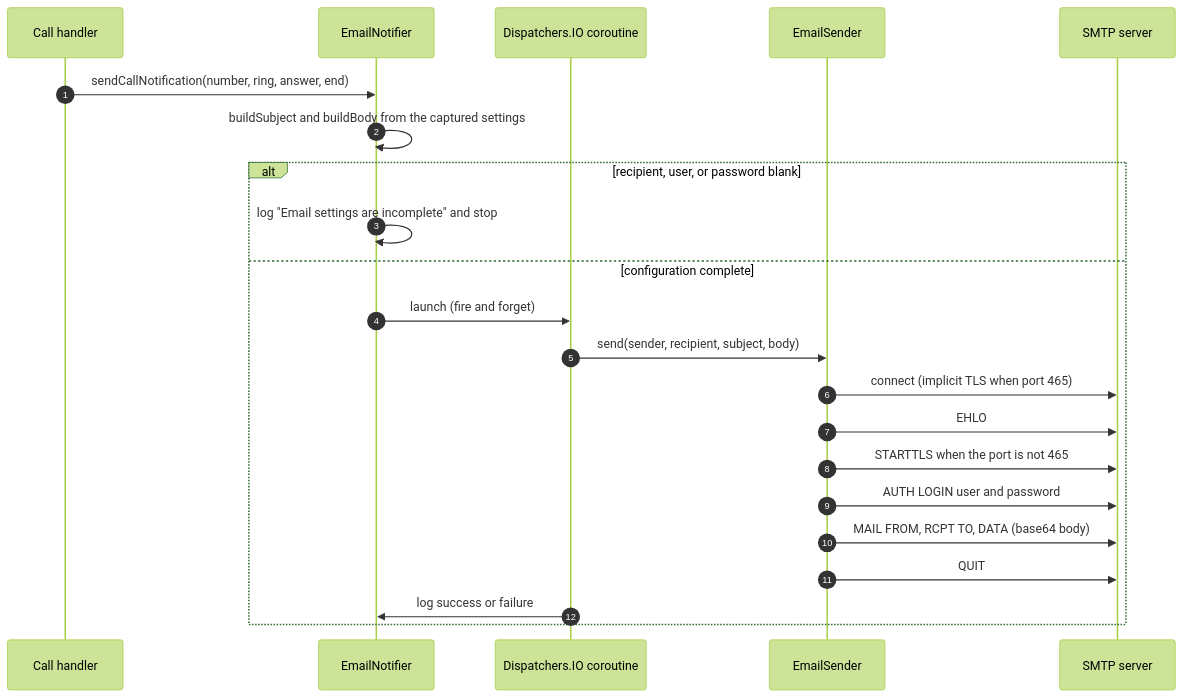
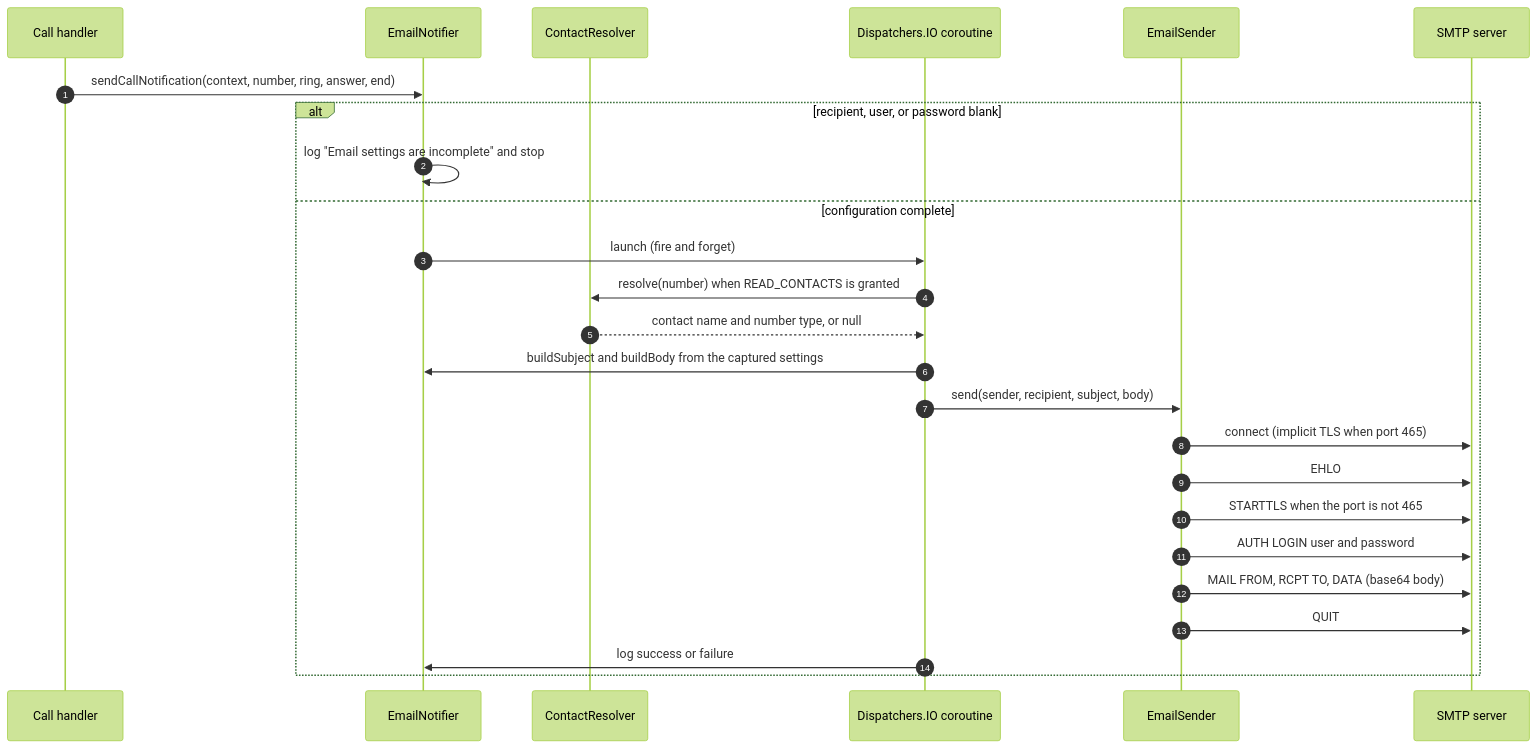
One commit to hmlendea/auto-call-responder changed the diagram in docs/flows/notification-delivery.md. Above: the diagram before and after it, drawn with Mermaid (forest theme). The commit also changed other lines of this file and 25 other files, not shown here.

````diff
--- a/docs/flows/notification-delivery.md
+++ b/docs/flows/notification-delivery.md
@@ -7,25 +7,28 @@
 ```mermaid
 sequenceDiagram
     autonumber
     participant Handler as Call handler
     participant Notifier as EmailNotifier
+    participant Contacts as ContactResolver
     participant IO as Dispatchers.IO coroutine
     participant Sender as EmailSender
     participant SMTP as SMTP server
 
-    Handler->>Notifier: sendCallNotification(number, ring, answer, end)
-    Notifier->>Notifier: buildSubject and buildBody from the captured settings
+    Handler->>Notifier: sendCallNotification(context, number, ring, answer, end)
     alt recipient, user, or password blank
         Notifier->>Notifier: log "Email settings are incomplete" and stop
     else configuration complete
         Notifier->>IO: launch (fire and forget)
+        IO->>Contacts: resolve(number) when READ_CONTACTS is granted
+        Contacts-->>IO: contact name and number type, or null
+        IO->>Notifier: buildSubject and buildBody from the captured settings
         IO->>Sender: send(sender, recipient, subject, body)
         Sender->>SMTP: connect (implicit TLS when port 465)
         Sender->>SMTP: EHLO
         Sender->>SMTP: STARTTLS when the port is not 465
         Sender->>SMTP: AUTH LOGIN user and password
         Sender->>SMTP: MAIL FROM, RCPT TO, DATA (base64 body)
         Sender->>SMTP: QUIT
         IO->>Notifier: log success or failure
     end
 ```
````
